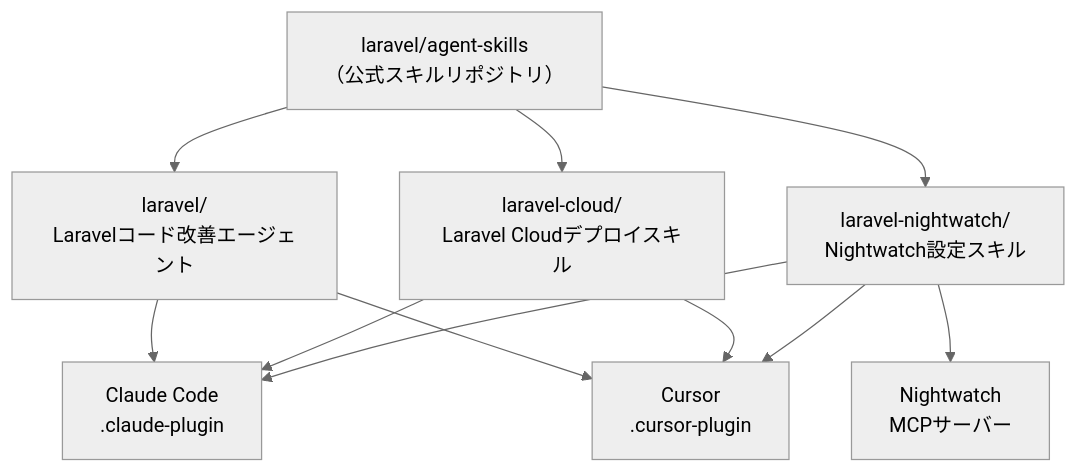
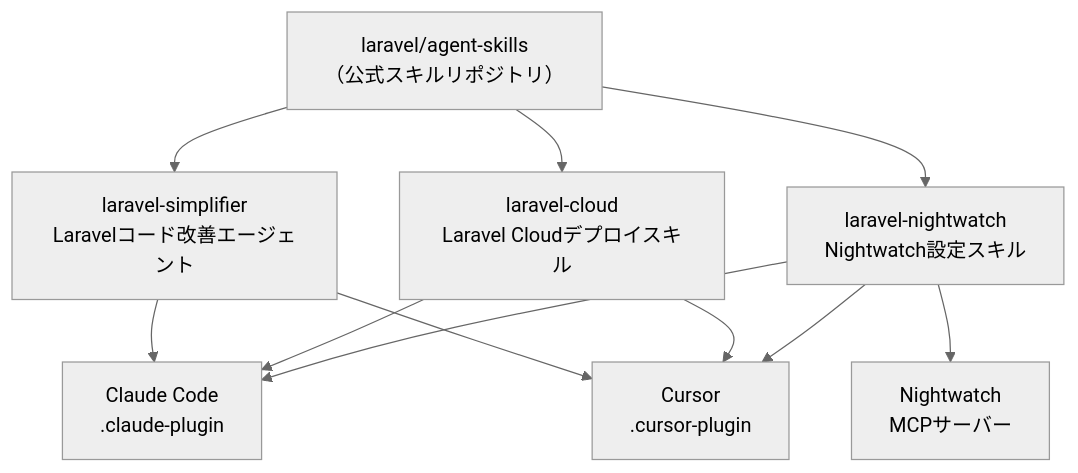
Before and after one commit to kawax/mintlify-docs: the diagram in jp/blog/agent-skills-introduction.mdx, drawn with Mermaid (neutral theme). The commit also changed other lines of this file, not shown here.

Commit message:
Fix Mermaid diagram labels and clarify plugin naming
Agent-Logs-Url: https://github.com/kawax/mintlify-docs/sessions/7f6a78d0-99fc-4c64-8ae0-da7da16dbcdd

````diff
--- a/jp/blog/agent-skills-introduction.mdx
+++ b/jp/blog/agent-skills-introduction.mdx
@@ -18,13 +18,13 @@
 ```mermaid
 graph TD
-    A["laravel/agent-skills<br>（公式スキルリポジトリ）"] --> B["laravel/<br>Laravelコード改善エージェント"]
-    A --> C["laravel-cloud/<br>Laravel Cloudデプロイスキル"]
-    A --> D["laravel-nightwatch/<br>Nightwatch設定スキル"]
+    A["laravel/agent-skills<br>（公式スキルリポジトリ）"] --> B["laravel-simplifier<br>Laravelコード改善エージェント"]
+    A --> C["laravel-cloud<br>Laravel Cloudデプロイスキル"]
+    A --> D["laravel-nightwatch<br>Nightwatch設定スキル"]
     B --> E["Claude Code<br>.claude-plugin"]
     B --> F["Cursor<br>.cursor-plugin"]
     C --> E
     C --> F
     D --> E
     D --> F
     D --> G["Nightwatch<br>MCPサーバー"]
 ```
````
